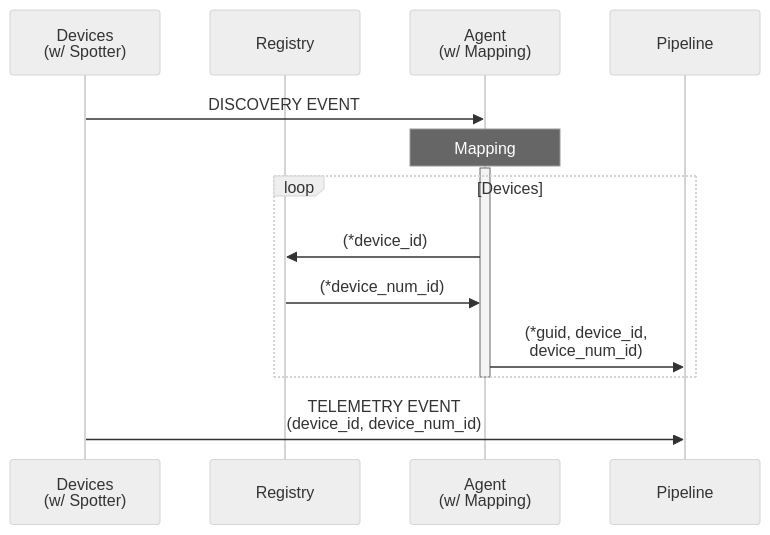
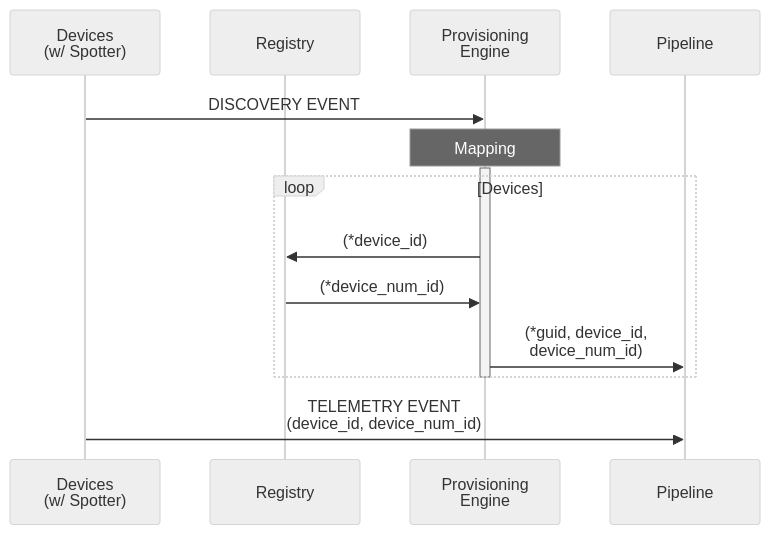
One commit to faucetsdn/udmi changed the diagram in docs/specs/provisioning.md. Above: the diagram before and after it, drawn with Mermaid (neutral theme). The commit also changed 4 other files, not shown here.

Commit message:
update discovery and mapping documentation (#1167)

````diff
--- a/docs/specs/provisioning.md
+++ b/docs/specs/provisioning.md
@@ -13,18 +13,18 @@
 ```mermaid
 sequenceDiagram
   %%{wrap}%%
   participant Devices as Devices<br/>(w/ Spotter)
   participant Registry
-  participant Agent as Agent<br/>(w/ Mapping)
+  participant Provisioning Engine
   participant Pipeline
-  Devices->>Agent: DISCOVERY EVENT
-  Note over Agent: Mapping
-  activate Agent
+  Devices->>Provisioning Engine: DISCOVERY EVENT
+  Note over Provisioning Engine: Mapping
+  activate Provisioning Engine
   loop Devices
-    Agent->>Registry: (*device_id)
-    Registry->>Agent: (*device_num_id)
-    Agent->>Pipeline: (*guid, device_id, device_num_id)
+    Provisioning Engine->>Registry: (*device_id)
+    Registry->>Provisioning Engine: (*device_num_id)
+    Provisioning Engine->>Pipeline: (*guid, device_id, device_num_id)
   end
-  deactivate Agent
+  deactivate Provisioning Engine
   Devices->>Pipeline: TELEMETRY EVENT<br/>(device_id, device_num_id)
 ```
````
